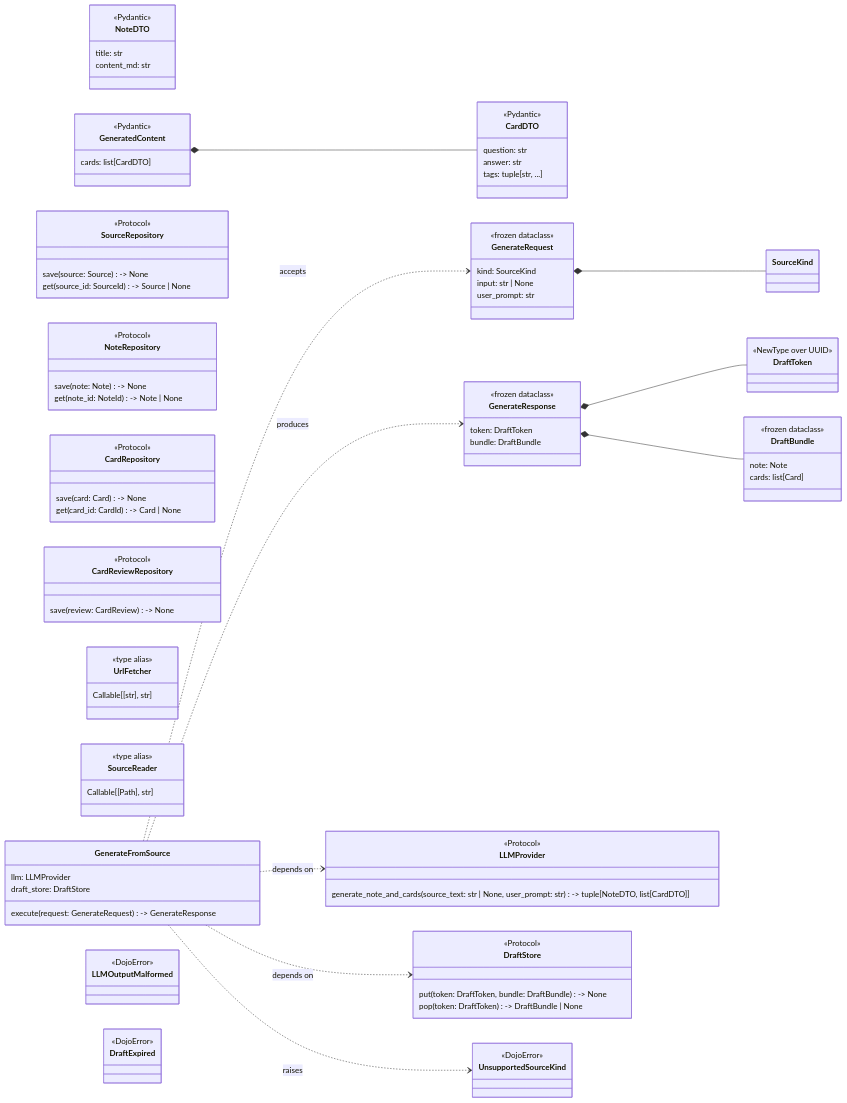
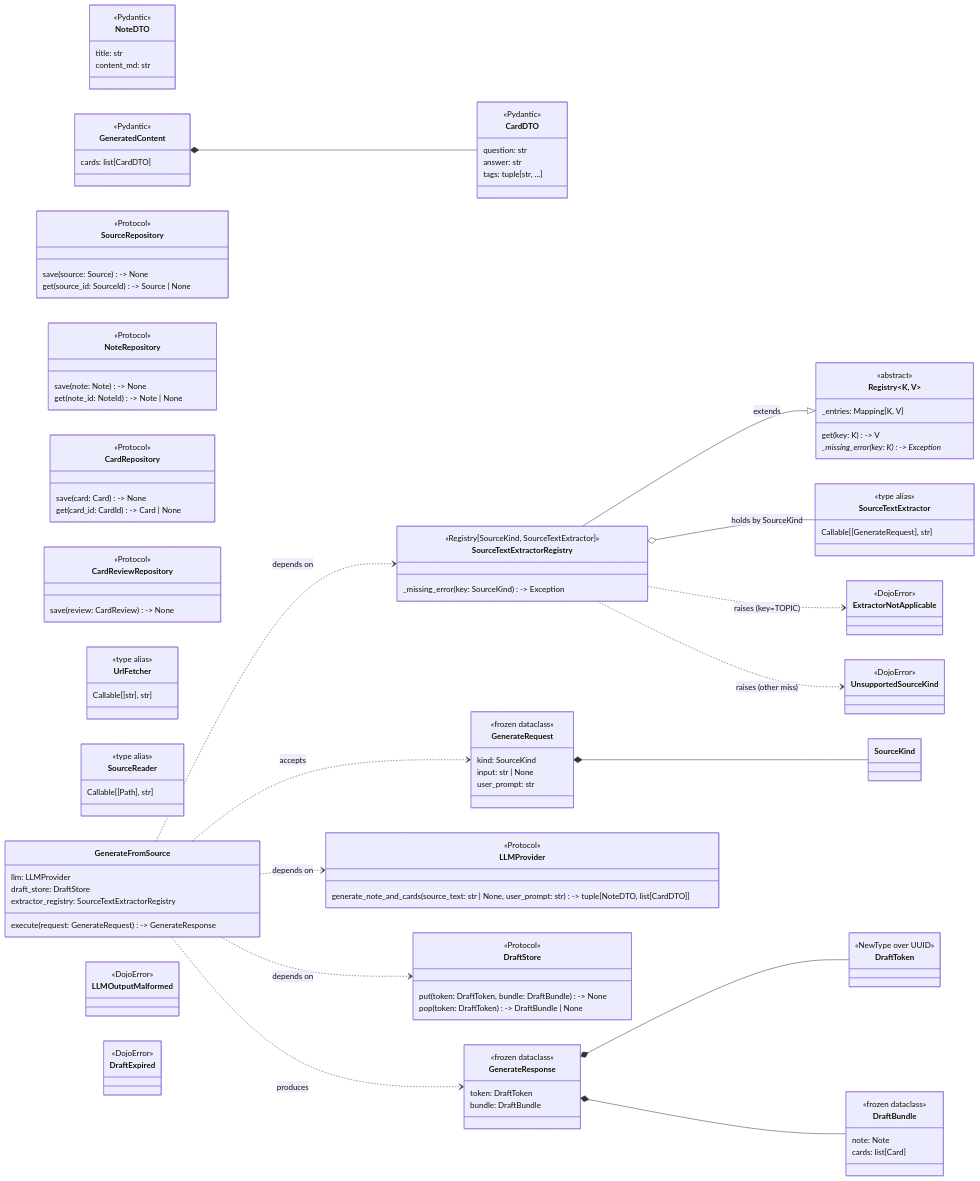
One commit to pvardanis/dojo changed the third of 5 diagrams in docs/architecture/overview.md. Above: the diagram before and after it, drawn with Mermaid. The commit also changed other lines of this file, not shown here.

````diff
--- a/docs/architecture/overview.md
+++ b/docs/architecture/overview.md
@@ -268,16 +269,36 @@
         <<type alias>>
         Callable[[Path], str]
     }
+    class SourceTextExtractor {
+        <<type alias>>
+        Callable[[GenerateRequest], str]
+    }
+
+    %% Registry abstraction (Plan 04 post-plan refactor)
+    class Registry~K, V~ {
+        <<abstract>>
+        _entries: Mapping[K, V]
+        get(key: K) -> V
+        _missing_error(key: K) -> Exception*
+    }
+    class SourceTextExtractorRegistry {
+        <<Registry[SourceKind, SourceTextExtractor]>>
+        _missing_error(key: SourceKind) -> Exception
+    }
 
     %% Use case
     class GenerateFromSource {
         llm: LLMProvider
         draft_store: DraftStore
+        extractor_registry: SourceTextExtractorRegistry
         execute(request: GenerateRequest) -> GenerateResponse
     }
 
     %% Application exceptions
     class UnsupportedSourceKind {
+        <<DojoError>>
+    }
+    class ExtractorNotApplicable {
         <<DojoError>>
     }
     class LLMOutputMalformed {
@@ -293,10 +314,18 @@
     GenerateResponse *-- DraftToken
     GenerateResponse *-- DraftBundle
 
-    %% Use case depends on Protocols (DIP)
+    %% Registry specialization
+    SourceTextExtractorRegistry --|> Registry~K, V~ : extends
+    SourceTextExtractorRegistry o-- SourceTextExtractor : holds by SourceKind
+
+    %% Use case depends on Protocols + registry (DIP)
     GenerateFromSource ..> LLMProvider : depends on
     GenerateFromSource ..> DraftStore : depends on
+    GenerateFromSource ..> SourceTextExtractorRegistry : depends on
     GenerateFromSource ..> GenerateRequest : accepts
     GenerateFromSource ..> GenerateResponse : produces
-    GenerateFromSource ..> UnsupportedSourceKind : raises
+
+    %% Error mappings (raised by the registry, propagates through the use case)
+    SourceTextExtractorRegistry ..> ExtractorNotApplicable : raises (key=TOPIC)
+    SourceTextExtractorRegistry ..> UnsupportedSourceKind : raises (other miss)
 ```
````
